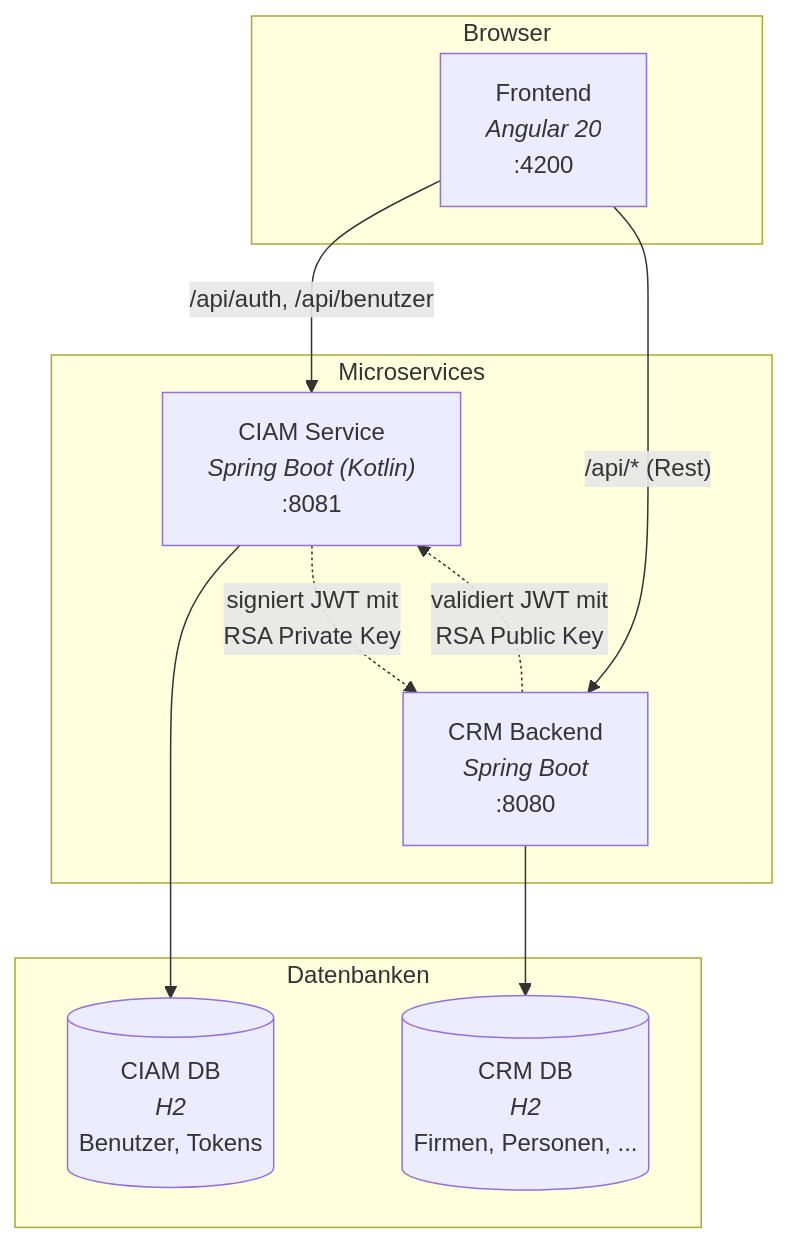
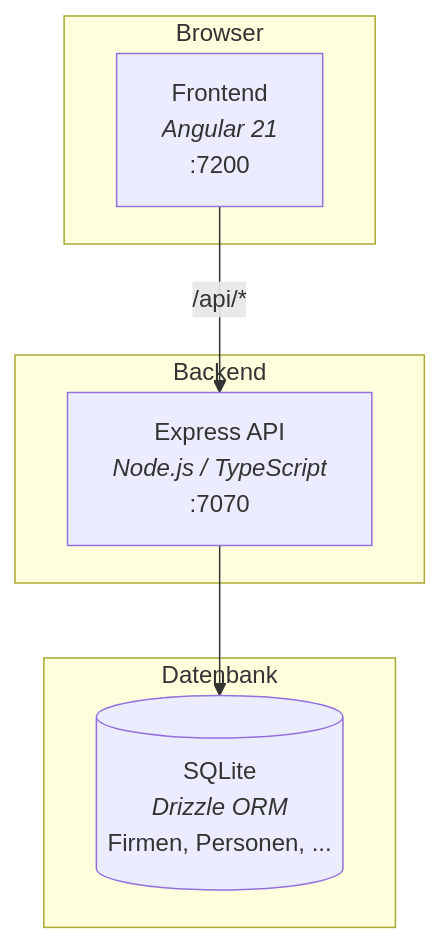
The diagram in README.MD (atra-consulting/coding-with-ai-lab), drawn with Mermaid before and after one commit. The commit also changed other lines of this file, not shown here.

First line of the commit message:
feat: Rewrite README.md to match current Node.js/TypeScript stack. UPDATE-README

````diff
--- a/README.MD
+++ b/README.MD
@@ -17,25 +17,17 @@
 ```mermaid
 graph TB
     subgraph Browser
-        FE["Frontend<br/><i>Angular 20</i><br/>:4200"]
+        FE["Frontend<br/><i>Angular 21</i><br/>:7200"]
     end
 
-    subgraph "Microservices"
-        CIAM["CIAM Service<br/><i>Spring Boot (Kotlin)</i><br/>:8081"]
-        CRM["CRM Backend<br/><i>Spring Boot</i><br/>:8080"]
+    subgraph "Backend"
+        API["Express API<br/><i>Node.js / TypeScript</i><br/>:7070"]
     end
 
-    subgraph "Datenbanken"
-        CIAMDB[("CIAM DB<br/><i>H2</i><br/>Benutzer, Tokens")]
-        CRMDB[("CRM DB<br/><i>H2</i><br/>Firmen, Personen, ...")]
+    subgraph "Datenbank"
+        DB[("SQLite<br/><i>Drizzle ORM</i><br/>Firmen, Personen, ...")]
     end
 
-    FE -- "/api/auth, /api/benutzer" --> CIAM
-    FE -- "/api/* (Rest)" --> CRM
-
-    CIAM --> CIAMDB
-    CRM --> CRMDB
-
-    CIAM -. "signiert JWT mit<br/>RSA Private Key" .-> CRM
-    CRM -. "validiert JWT mit<br/>RSA Public Key" .-> CIAM
+    FE -- "/api/*" --> API
+    API --> DB
 ```
````
